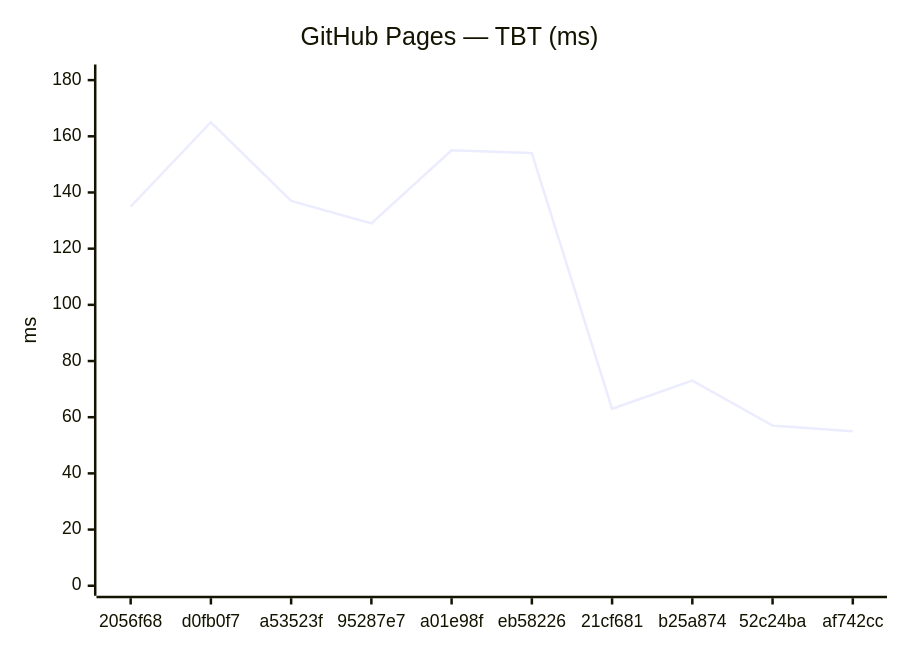
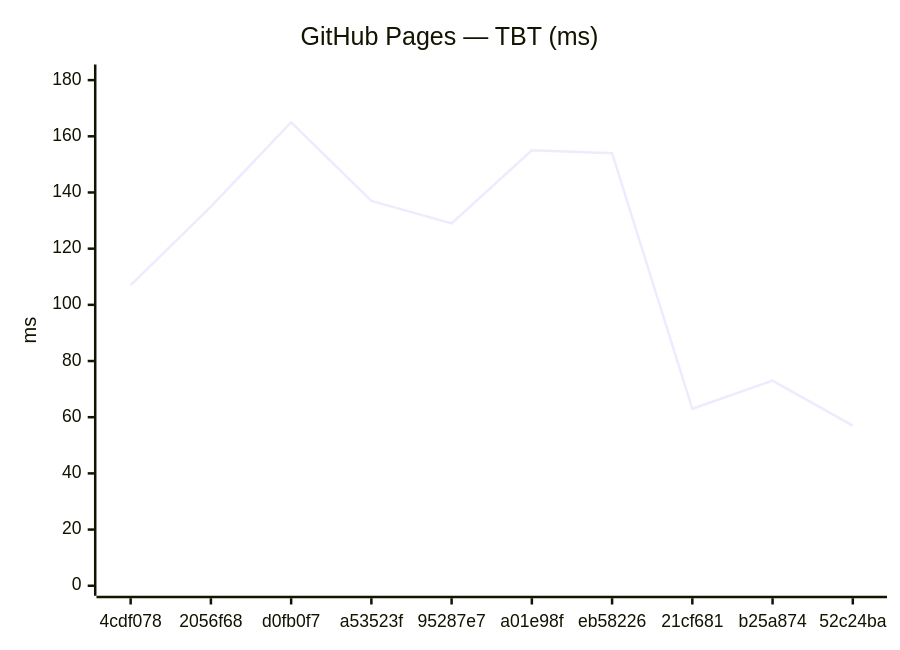
Before and after one commit to Metaheurist/Rianell: the fourth of 18 diagrams in benchmarks/compare.md, drawn with Mermaid. The commit also changed other lines of this file and 11 other files, not shown here.

````diff
--- a/benchmarks/compare.md
+++ b/benchmarks/compare.md
@@ -61,7 +61,7 @@
 ```mermaid
 xychart-beta
     title "GitHub Pages — TBT (ms)"
-    x-axis ["2056f68", "d0fb0f7", "a53523f", "95287e7", "a01e98f", "eb58226", "21cf681", "b25a874", "52c24ba", "af742cc"]
+    x-axis ["4cdf078", "2056f68", "d0fb0f7", "a53523f", "95287e7", "a01e98f", "eb58226", "21cf681", "b25a874", "52c24ba"]
     y-axis "ms" 0 --> 182
-    line [135, 165, 137, 129, 155, 154, 63, 73, 57, 55]
+    line [107, 135, 165, 137, 129, 155, 154, 63, 73, 57]
 ```
````
